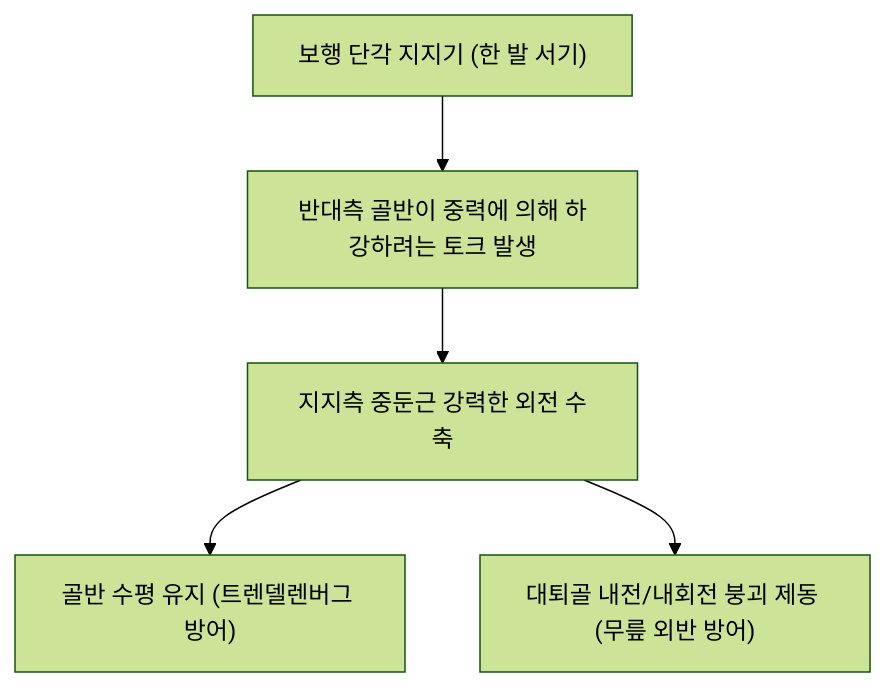
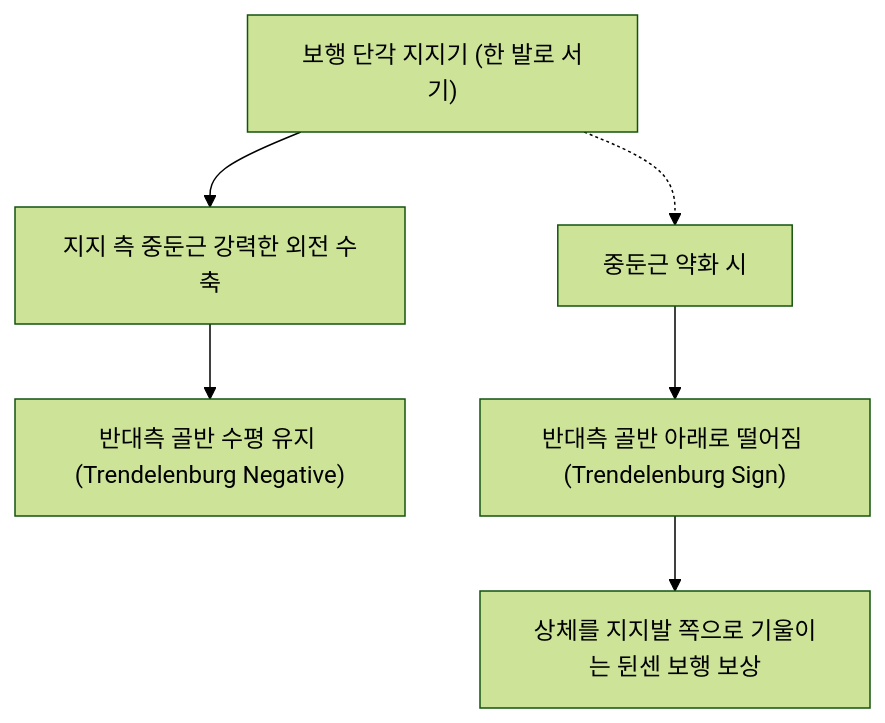
The diagram in content/1. 근골격계 공부/근육/(10) 둔부/중둔근.md (simbio11/simbio-digital-garden2), drawn with Mermaid (forest theme) before and after one commit. The commit also changed other lines of this file and 200 other files, not shown here.

````diff
--- a/content/1. 근골격계 공부/근육/(10) 둔부/중둔근.md
+++ b/content/1. 근골격계 공부/근육/(10) 둔부/중둔근.md
@@ -53,7 +38,8 @@
 ```mermaid
 graph TD
-    SingleLegStance["보행 단각 지지기 (한 발 서기)"] --> PelvicTorque["반대측 골반이 중력에 의해 하강하려는 토크 발생"]
-    PelvicTorque --> GluteusMediusContraction["지지측 중둔근 강력한 외전 수축"]
-    GluteusMediusContraction --> HorizontalPelvis["골반 수평 유지 (트렌델렌버그 방어)"]
-    GluteusMediusContraction --> FemurAlignment["대퇴골 내전/내회전 붕괴 제동 (무릎 외반 방어)"]
+    StancePhase["보행 단각 지지기 (한 발로 서기)"] --> MediusContraction["지지 측 중둔근 강력한 외전 수축"]
+    MediusContraction --> PelvisLevel["반대측 골반 수평 유지 (Trendelenburg Negative)"]
+    StancePhase -.-> MediusWeakness["중둔근 약화 시"]
+    MediusWeakness --> TrendelenburgSign["반대측 골반 아래로 떨어짐 (Trendelenburg Sign)"]
+    TrendelenburgSign --> DuchenneLimp["상체를 지지발 쪽으로 기울이는 뒨센 보행 보상"]
 ```
````
